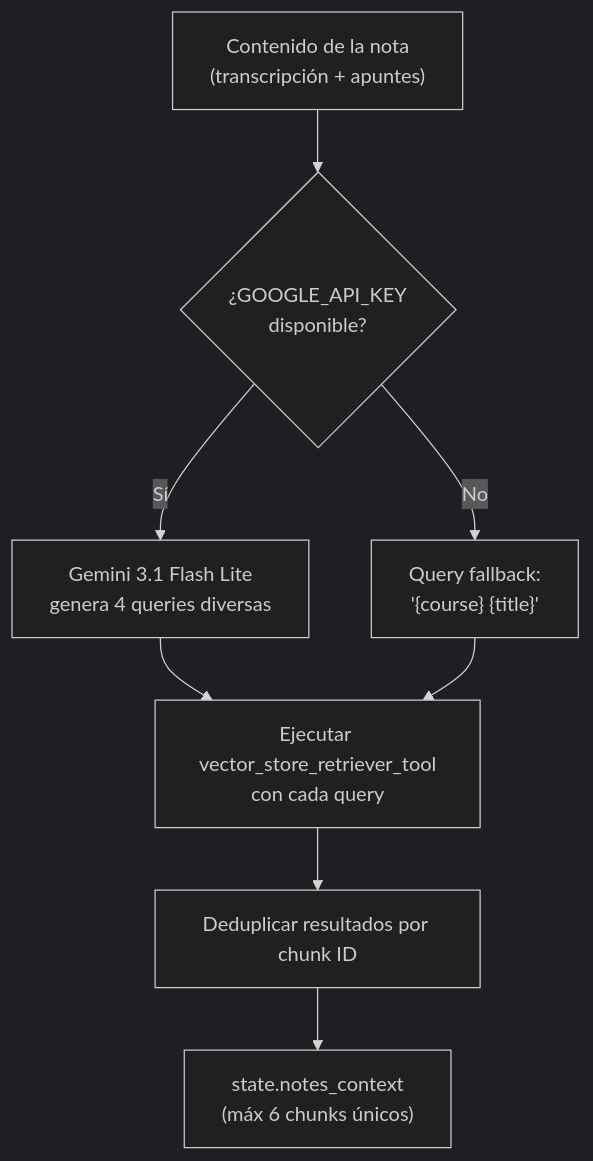
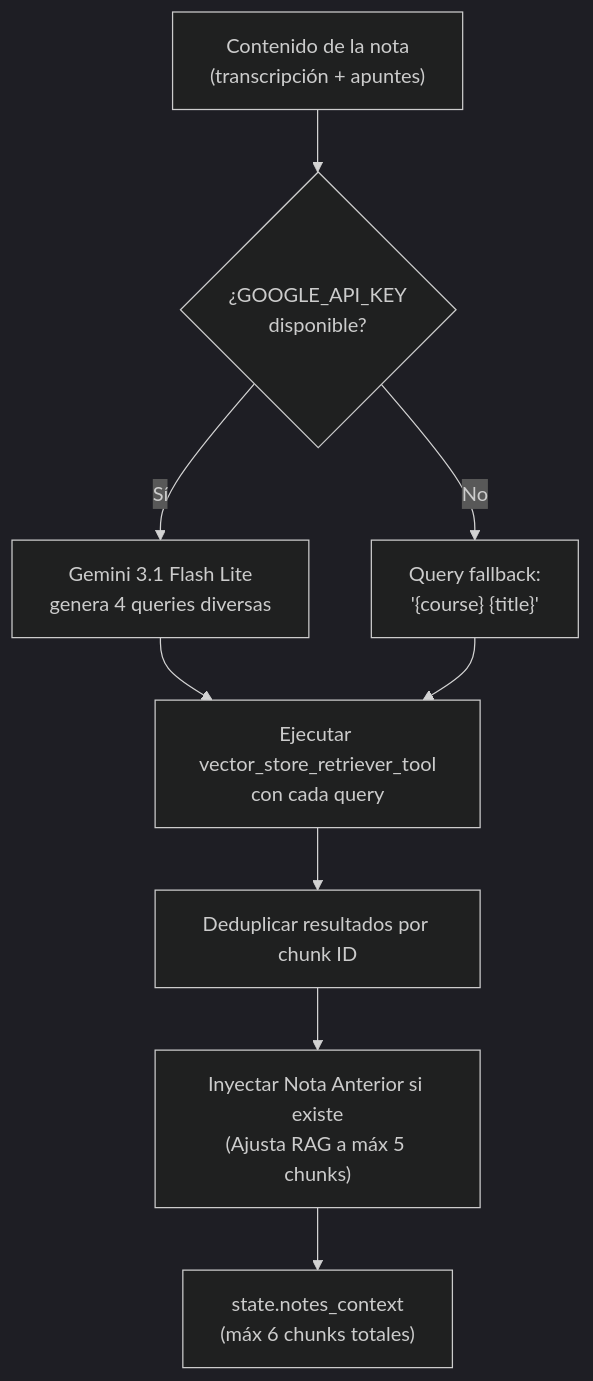
One commit to JamesKristofUbiarco/Concat-notes changed the fourth of 9 diagrams in docs/agent-architecture.md. Above: the diagram before and after it, drawn with Mermaid (dark theme). The commit also changed other lines of this file and 2 other files, not shown here.

Commit message:
docs: update documentation to describe Markdown/TeX/Mermaid previewer modal and hybrid course-filtered RAG

````diff
--- a/docs/agent-architecture.md
+++ b/docs/agent-architecture.md
@@ -200,10 +200,11 @@
 ```mermaid
 graph TD
     A["Contenido de la nota<br/>(transcripción + apuntes)"] --> B{"¿GOOGLE_API_KEY<br/>disponible?"}
     B -->|Sí| C["Gemini 3.1 Flash Lite<br/>genera 4 queries diversas"]
     B -->|No| D["Query fallback:<br/>'{course} {title}'"]
     C --> E["Ejecutar vector_store_retriever_tool<br/>con cada query"]
     D --> E
     E --> F["Deduplicar resultados por chunk ID"]
-    F --> G["state.notes_context<br/>(máx 6 chunks únicos)"]
+    F --> G["Inyectar Nota Anterior si existe<br/>(Ajusta RAG a máx 5 chunks)"]
+    G --> H["state.notes_context<br/>(máx 6 chunks totales)"]
 ```
````
